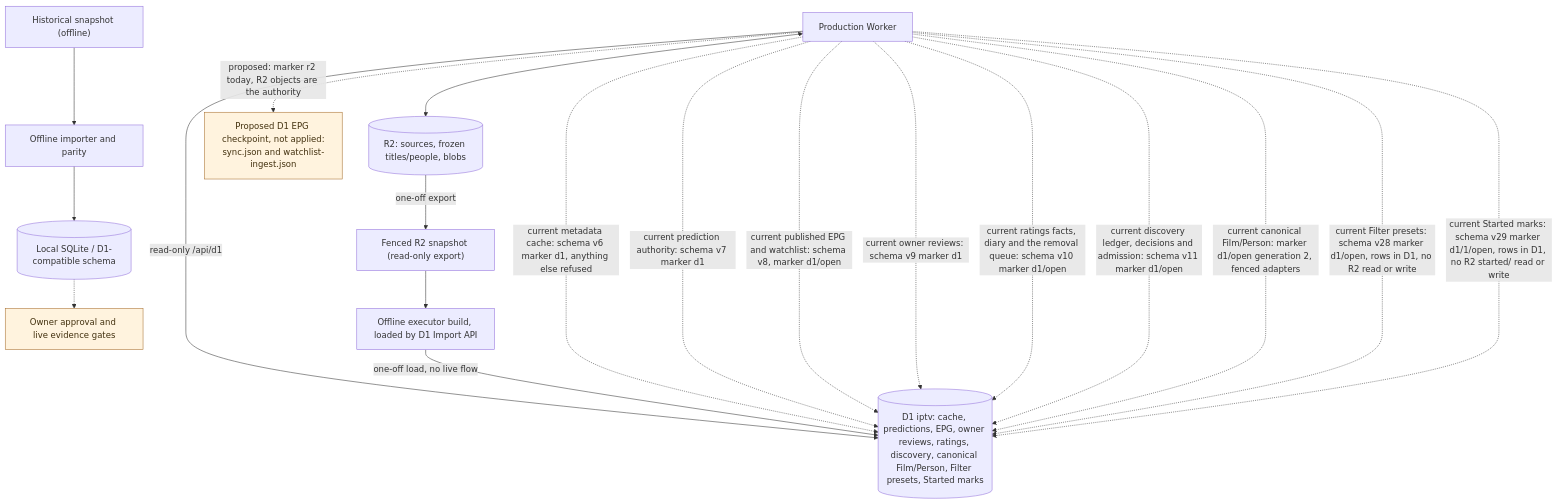
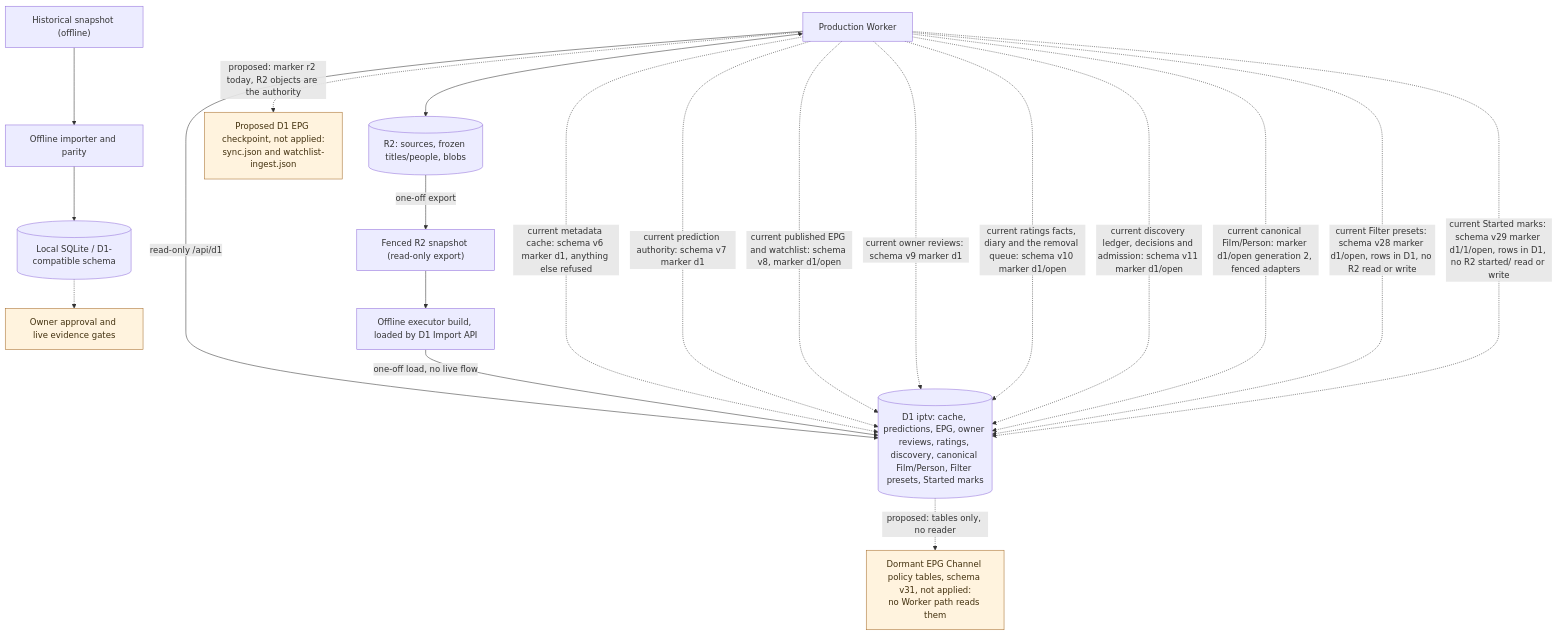
Before and after one commit to vladimino/iptv-watchlist: the diagram in docs/architecture/persistence-and-migration.md, drawn with Mermaid. The commit also changed other lines of this file and 16 other files, not shown here.

First line of the commit message:
AIR-561: dormant D1 EPG Channel authority (schema v31, ADR 0187 Proposed)

````diff
--- a/docs/architecture/persistence-and-migration.md
+++ b/docs/architecture/persistence-and-migration.md
@@ -7,30 +7,32 @@
 ```mermaid
 flowchart TD
     worker["Production Worker"]
     r2[("R2: sources, frozen titles/people, blobs")]
     archive["Historical snapshot (offline)"]
     importer["Offline importer and parity"]
     local[("Local SQLite / D1-compatible schema")]
     gate["Owner approval and live evidence gates"]
     snapshot["Fenced R2 snapshot (read-only export)"]
     reload["Offline executor build, loaded by D1 Import API"]
     d1[("D1 iptv: cache, predictions, EPG, owner reviews, ratings, discovery, canonical Film/Person, Filter presets, Started marks")]
     worker <--> r2
     worker -->|read-only /api/d1| d1
     archive --> importer --> local
     local -.-> gate
     r2 -->|one-off export| snapshot --> reload -->|one-off load, no live flow| d1
     worker -.->|current metadata cache: schema v6 marker d1, anything else refused| d1
     worker -.->|current prediction authority: schema v7 marker d1| d1
     worker -.->|current published EPG and watchlist: schema v8, marker d1/open| d1
     worker -.->|current owner reviews: schema v9 marker d1| d1
     worker -.->|current ratings facts, diary and the removal queue: schema v10 marker d1/open| d1
     worker -.->|current discovery ledger, decisions and admission: schema v11 marker d1/open| d1
     worker -.->|current canonical Film/Person: marker d1/open generation 2, fenced adapters| d1
     worker -.->|current Filter presets: schema v28 marker d1/open, rows in D1, no R2 read or write| d1
     worker -.->|current Started marks: schema v29 marker d1/1/open, rows in D1, no R2 started/ read or write| d1
     epgcp["Proposed D1 EPG checkpoint, not applied:<br/>sync.json and watchlist-ingest.json"]
     worker -.->|"proposed: marker r2 today, R2 objects are the authority"| epgcp
+    chan["Dormant EPG Channel policy tables, schema v31, not applied:<br/>no Worker path reads them"]
+    d1 -.->|"proposed: tables only, no reader"| chan
     classDef future fill:#fff3de,stroke:#a56c2b,color:#42300e
-    class gate,epgcp future
+    class gate,epgcp,chan future
 ```
````
